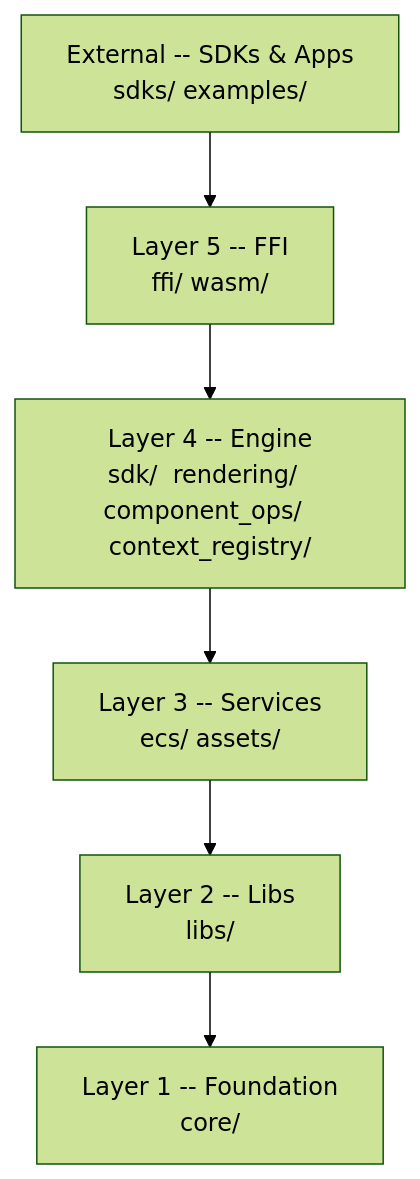
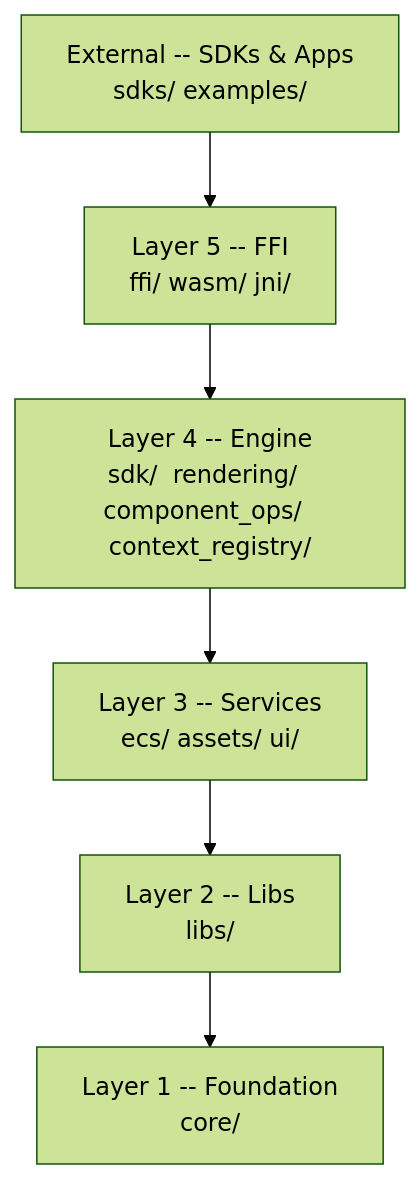
The diagram in ARCHITECTURE.md (aram-devdocs/GoudEngine), drawn with Mermaid (forest theme) before and after one commit. The commit also changed other lines of this file and 17 other files, not shown here.

````diff
--- a/ARCHITECTURE.md
+++ b/ARCHITECTURE.md
@@ -39,15 +39,15 @@
 ```mermaid
 flowchart TD
     EXT["External -- SDKs & Apps\nsdks/  examples/"]
-    L5["Layer 5 -- FFI\nffi/  wasm/"]
+    L5["Layer 5 -- FFI\nffi/  wasm/  jni/"]
     L4["Layer 4 -- Engine\nsdk/  rendering/  component_ops/  context_registry/"]
-    L3["Layer 3 -- Services\necs/  assets/"]
+    L3["Layer 3 -- Services\necs/  assets/  ui/"]
     L2["Layer 2 -- Libs\nlibs/"]
     L1["Layer 1 -- Foundation\ncore/"]
 
     EXT --> L5
     L5 --> L4
     L4 --> L3
     L3 --> L2
     L2 --> L1
 ```
````
